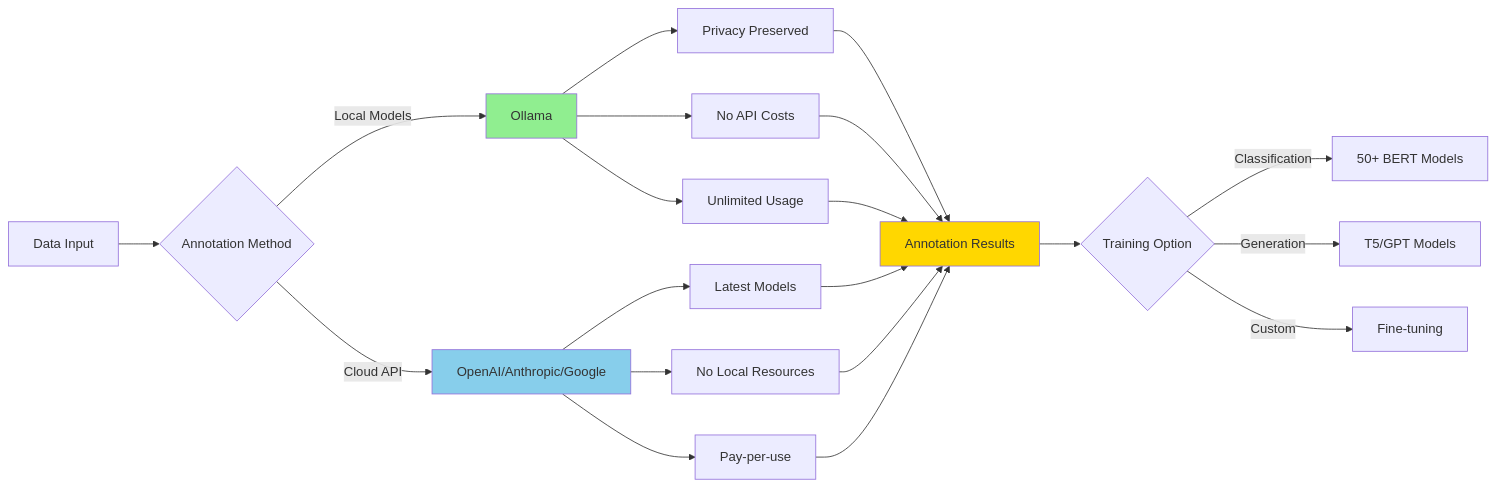
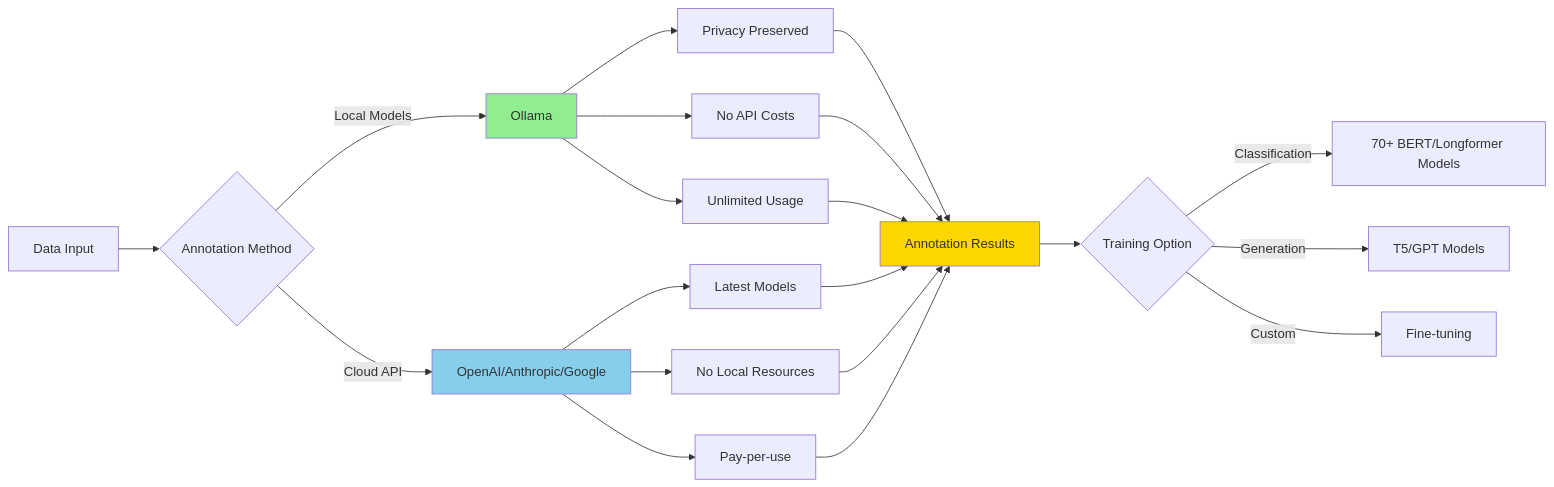
The third of 3 diagrams in README.md (antoinelemor/LLM_Tool), drawn with Mermaid before and after one commit. The commit also changed other lines of this file and 49 other files, not shown here.

````diff
--- a/README.md
+++ b/README.md
@@ -565,30 +564,30 @@
 ```mermaid
 graph LR
     A[Data Input] --> B{Annotation Method}
     B -->|Local Models| C[Ollama]
     B -->|Cloud API| D[OpenAI/Anthropic/Google]
 
     C --> E[Privacy Preserved]
     C --> F[No API Costs]
     C --> G[Unlimited Usage]
 
     D --> H[Latest Models]
     D --> I[No Local Resources]
     D --> J[Pay-per-use]
 
     E --> K[Annotation Results]
     F --> K
     G --> K
     H --> K
     I --> K
     J --> K
 
     K --> L{Training Option}
-    L -->|Classification| M[50+ BERT Models]
+    L -->|Classification| M[70+ BERT/Longformer Models]
     L -->|Generation| N[T5/GPT Models]
     L -->|Custom| O[Fine-tuning]
 
     style C fill:#90EE90
     style D fill:#87CEEB
     style K fill:#FFD700
 ```
````
